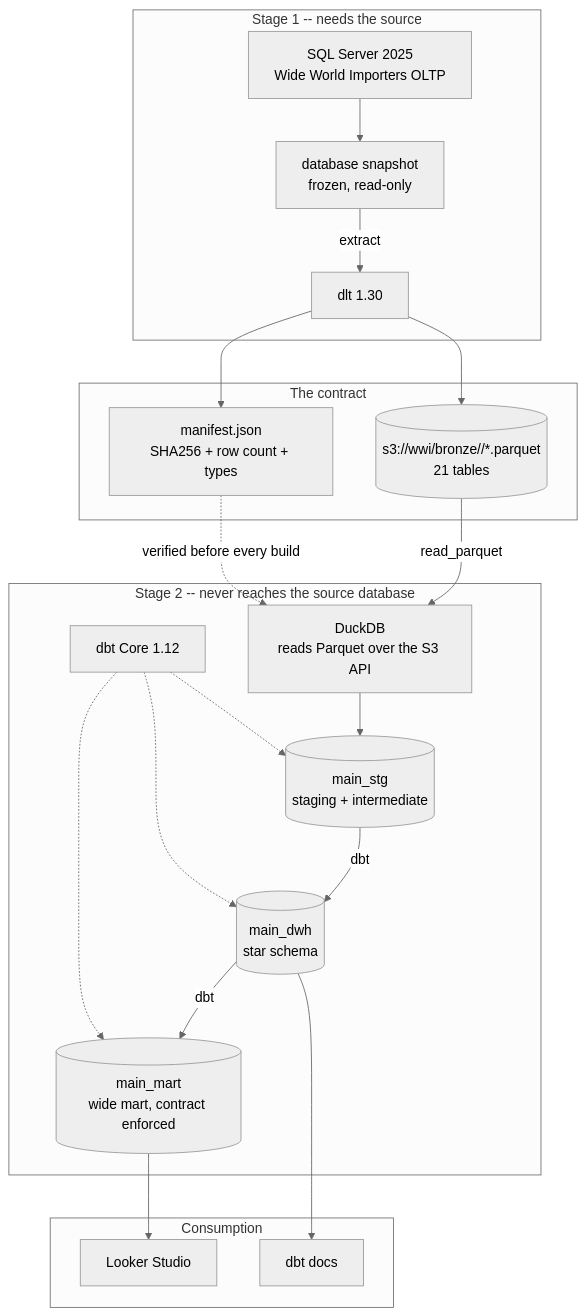
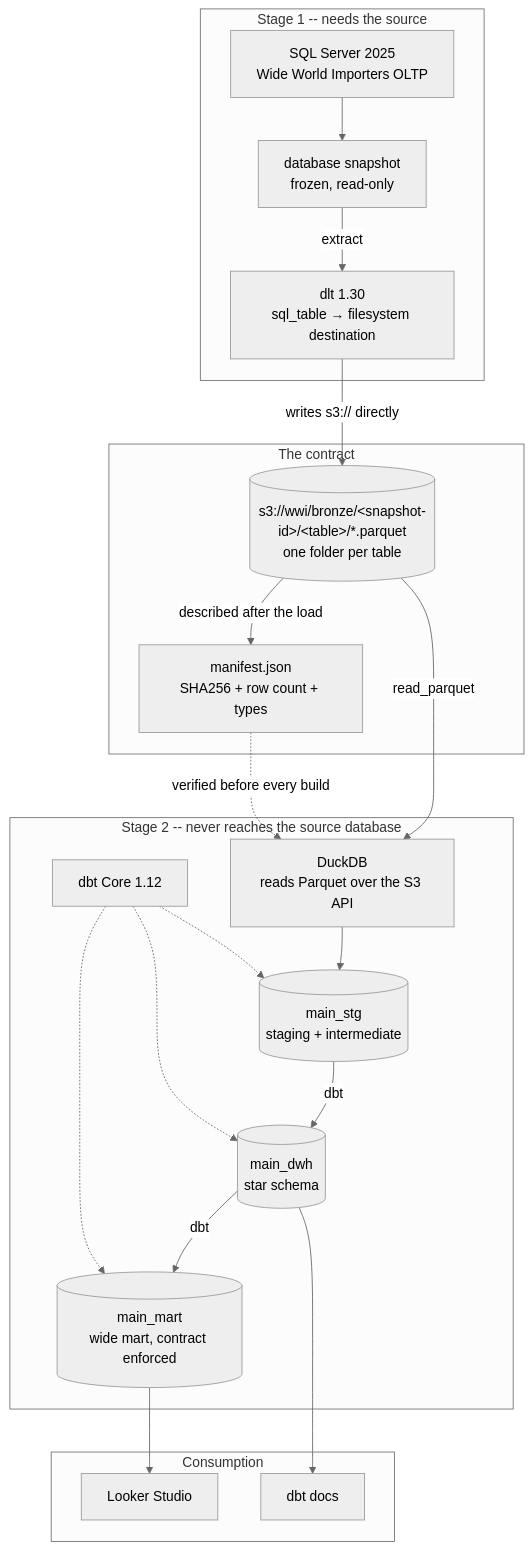
The diagram in docs/technical_design.md (plat102/pj-dw-wide-world-importers), drawn with Mermaid (neutral theme) before and after one commit. The commit also changed other lines of this file and 5 other files, not shown here.

````diff
--- a/docs/technical_design.md
+++ b/docs/technical_design.md
@@ -7,41 +7,41 @@
 ```mermaid
 graph TB
     subgraph Stage1["Stage 1 -- needs the source"]
         OLTP[SQL Server 2025<br/>Wide World Importers OLTP]
         SNAP[database snapshot<br/>frozen, read-only]
-        DLT[dlt 1.30]
+        DLT[dlt 1.30<br/>sql_table → filesystem destination]
     end
 
     subgraph Boundary["The contract"]
-        PARQUET[(s3://wwi/bronze/<snapshot-id>/*.parquet<br/>21 tables)]
+        PARQUET[(s3://wwi/bronze/&lt;snapshot-id&gt;/&lt;table&gt;/*.parquet<br/>one folder per table)]
         MANIFEST[manifest.json<br/>SHA256 + row count + types]
     end
 
     subgraph Stage2["Stage 2 -- never reaches the source database"]
         DUCK[DuckDB<br/>reads Parquet over the S3 API]
         STG[(main_stg<br/>staging + intermediate)]
         DWH[(main_dwh<br/>star schema)]
         MART[(main_mart<br/>wide mart, contract enforced)]
         DBT[dbt Core 1.12]
     end
 
     subgraph Consume["Consumption"]
         BI[Looker Studio]
         DOCS[dbt docs]
     end
 
     OLTP --> SNAP
     SNAP -->|extract| DLT
-    DLT --> PARQUET
-    DLT --> MANIFEST
+    DLT -->|writes s3:// directly| PARQUET
+    PARQUET -->|described after the load| MANIFEST
     PARQUET -->|read_parquet| DUCK
     MANIFEST -.->|verified before every build| DUCK
     DUCK --> STG
     STG -->|dbt| DWH
     DWH -->|dbt| MART
     DBT -.-> STG
     DBT -.-> DWH
     DBT -.-> MART
     MART --> BI
     DWH --> DOCS
 ```
````
